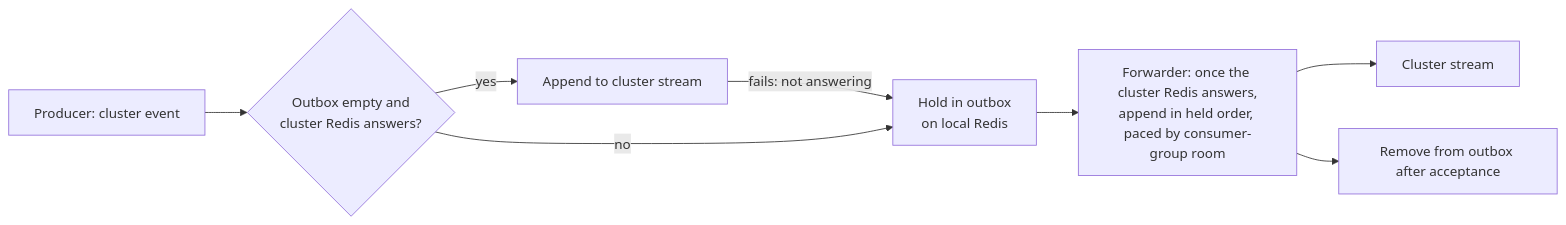
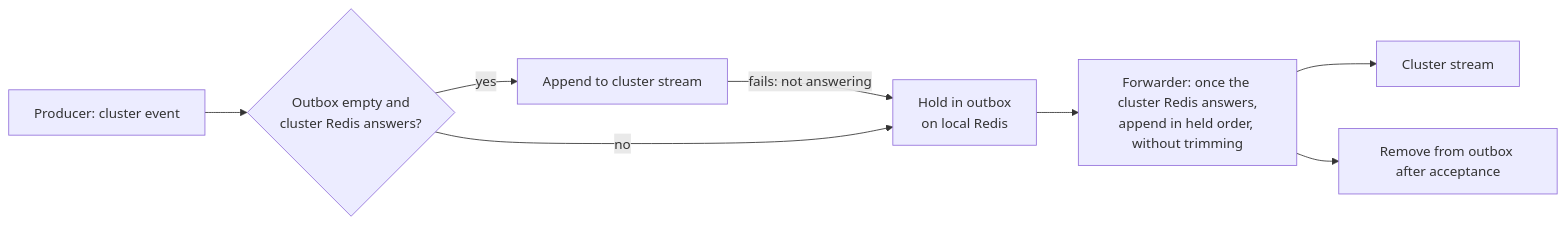
The diagram in docs/local/design/architecture/event-delivery.md (InstruktAI/TeleClaude), drawn with Mermaid before and after one commit. The commit also changed other lines of this file, not shown here.

First line of the commit message:
docs(event-delivery): keep cluster streams by age so a forwarded backlog trims nothing; hold on an operator's Redis under its own persistence

````diff
--- a/docs/local/design/architecture/event-delivery.md
+++ b/docs/local/design/architecture/event-delivery.md
@@ -250,10 +243,10 @@
 ```mermaid
 flowchart LR
     P[Producer: cluster event] --> Q{Outbox empty and<br/>cluster Redis answers?}
     Q -->|yes| A[Append to cluster stream]
     A -->|fails: not answering| O
     Q -->|no| O[Hold in outbox<br/>on local Redis]
-    O --> F[Forwarder: once the cluster Redis answers,<br/>append in held order, paced by consumer-group room]
+    O --> F[Forwarder: once the cluster Redis answers,<br/>append in held order, without trimming]
     F --> A2[Cluster stream]
     F --> R[Remove from outbox after acceptance]
 ```
````
